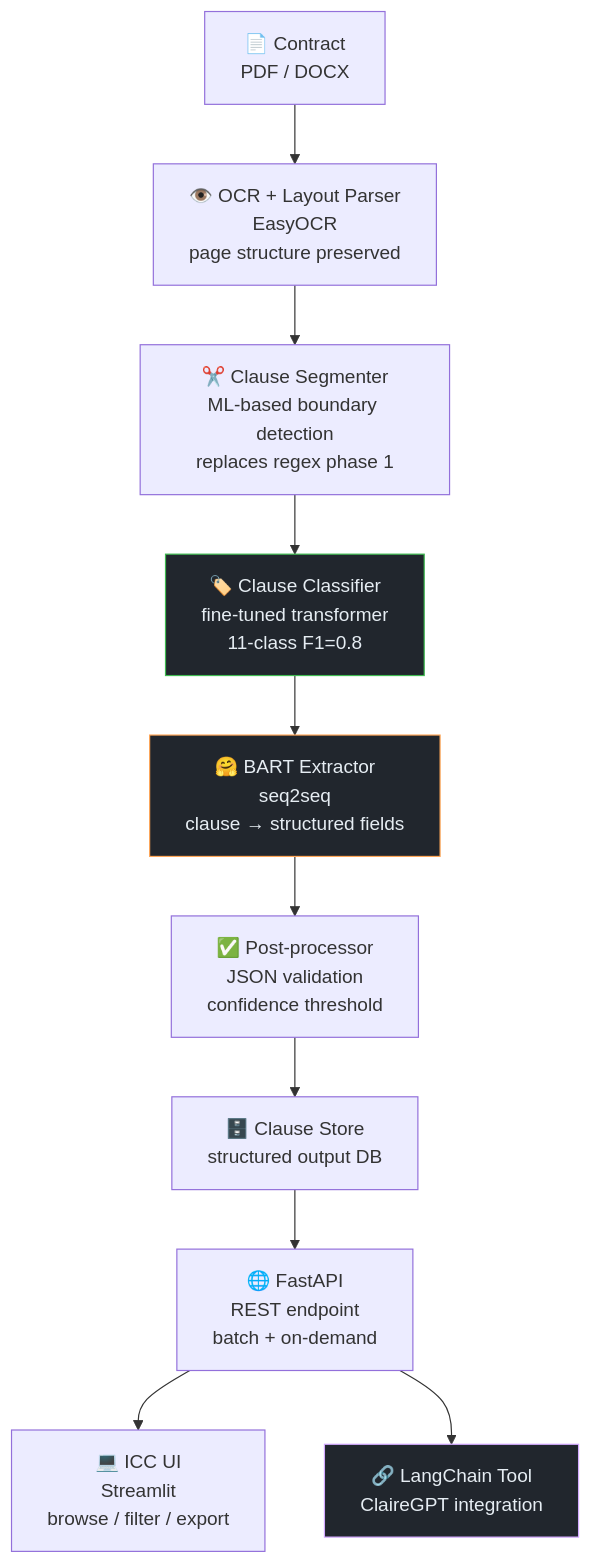
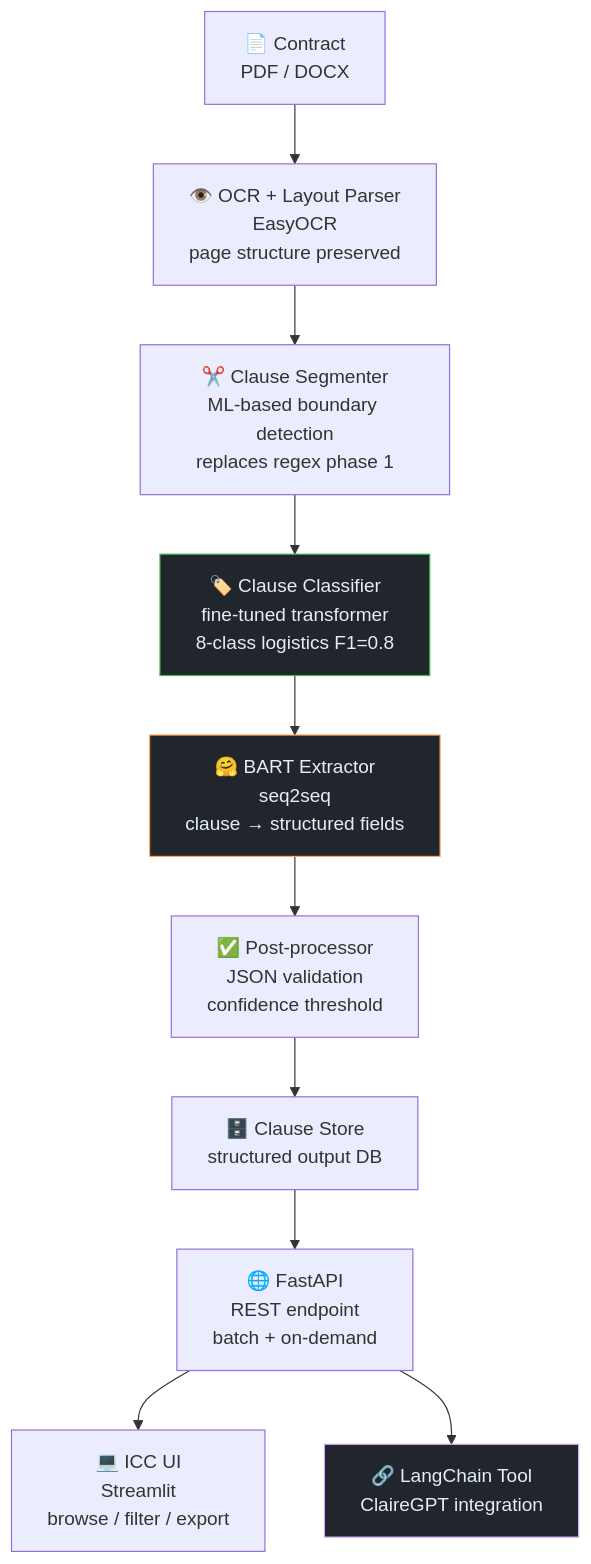
Before and after one commit to yhp2130/yhp2130.github.io: the third of 4 diagrams in projects/bart.md, drawn with Mermaid. The commit also changed other lines of this file and 8 other files, not shown here.

````diff
--- a/projects/bart.md
+++ b/projects/bart.md
@@ -134,22 +139,22 @@
 ```mermaid
 flowchart TD
     DOC["📄 Contract\nPDF / DOCX"]
     OCR["👁️ OCR + Layout Parser\nEasyOCR\npage structure preserved"]
     SEG["✂️ Clause Segmenter\nML-based boundary detection\nreplaces regex phase 1"]
-    CLS["🏷️ Clause Classifier\nfine-tuned transformer\n11-class F1=0.8"]
+    CLS["🏷️ Clause Classifier\nfine-tuned transformer\n8-class logistics F1=0.8"]
     BART["🤗 BART Extractor\nseq2seq\nclause → structured fields"]
     VAL["✅ Post-processor\nJSON validation\nconfidence threshold"]
     DB["🗄️ Clause Store\nstructured output DB"]
     API["🌐 FastAPI\nREST endpoint\nbatch + on-demand"]
     UI["💻 ICC UI\nStreamlit\nbrowse / filter / export"]
     TOOL["🔗 LangChain Tool\nClaireGPT integration"]
 
     DOC --> OCR --> SEG --> CLS --> BART --> VAL --> DB
     DB --> API
     API --> UI
     API --> TOOL
 
     style BART fill:#21262d,stroke:#ffa657,color:#e6edf3
     style TOOL fill:#21262d,stroke:#d2a8ff,color:#e6edf3
     style CLS fill:#21262d,stroke:#3fb950,color:#e6edf3
 ```
````
